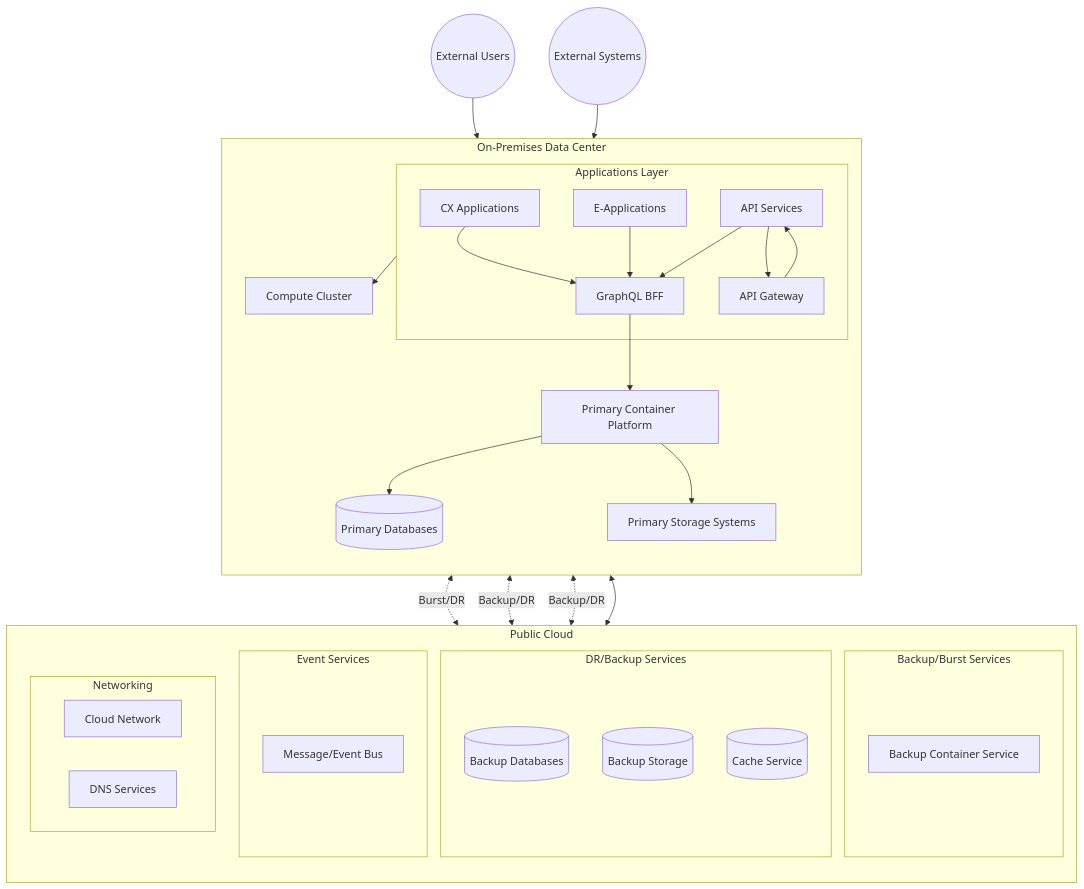
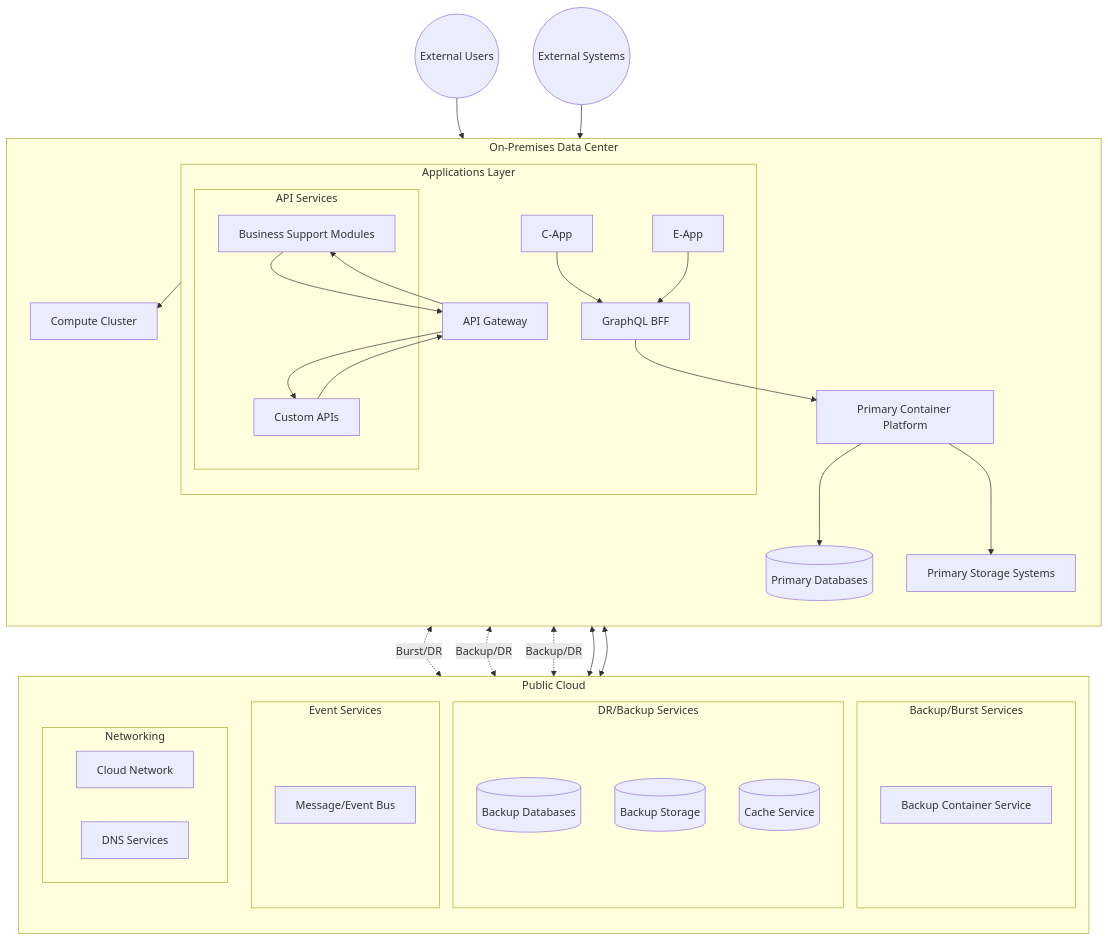
One commit to henryrestive/infra-docs changed the diagram in Generic-HybridCloud.md. Above: the diagram before and after it, drawn with Mermaid.

Commit message:
Reflect generic hybridcloud with changes for customer's requirements

````diff
--- a/Generic-HybridCloud.md
+++ b/Generic-HybridCloud.md
@@ -8,57 +8,61 @@
 ```mermaid
 graph TB
     subgraph OnPrem[On-Premises Data Center]
         direction TB
         subgraph Apps[Applications Layer]
-            CX[CX Applications]
-            EApp[E-Applications]
-            API[API Services]
+            CApp[C-App]
+            EApp[E-App]
+            subgraph API[API Services]
+                BSM[Business Support Modules]
+                CustomAPI[Custom APIs]
+            end
             BFF[GraphQL BFF]
             Gateway[API Gateway]
         end
         
         ContainerPlatform[Primary Container Platform]
         PrimaryDB[(Primary Databases)]
         PrimaryStorage[Primary Storage Systems]
         ComputeCluster[Compute Cluster]
     end
 
     subgraph Cloud[Public Cloud]
         direction TB
         subgraph Compute[Backup/Burst Services]
             BackupContainers[Backup Container Service]
         end
         
         subgraph Data[DR/Backup Services]
             BackupDB[(Backup Databases)]
             BackupStorage[(Backup Storage)]
             Cache[(Cache Service)]
         end
         
         subgraph Messaging[Event Services]
             EventBus[Message/Event Bus]
         end
         
         subgraph Network[Networking]
             CloudNet[Cloud Network]
             DNS[DNS Services]
         end
     end
 
     ExternalUsers((External Users))
     ExternalSystems((External Systems))
 
-    CX & EApp & API --> BFF
-    API --> Gateway
-    Gateway --> API
+    CApp & EApp --> BFF
+    BSM & CustomAPI --> Gateway
+    Gateway --> BSM
+    Gateway --> CustomAPI
     ExternalUsers --> Gateway
     ExternalSystems --> Gateway
     BFF --> ContainerPlatform
     ContainerPlatform --> PrimaryDB
     ContainerPlatform --> PrimaryStorage
     Apps --> ComputeCluster
     ContainerPlatform <-.->|Burst/DR| BackupContainers
     PrimaryDB <-.->|Backup/DR| BackupDB
     PrimaryStorage <-.->|Backup/DR| BackupStorage
-    API <--> EventBus
+    BSM & CustomAPI <--> EventBus
 ```
````
